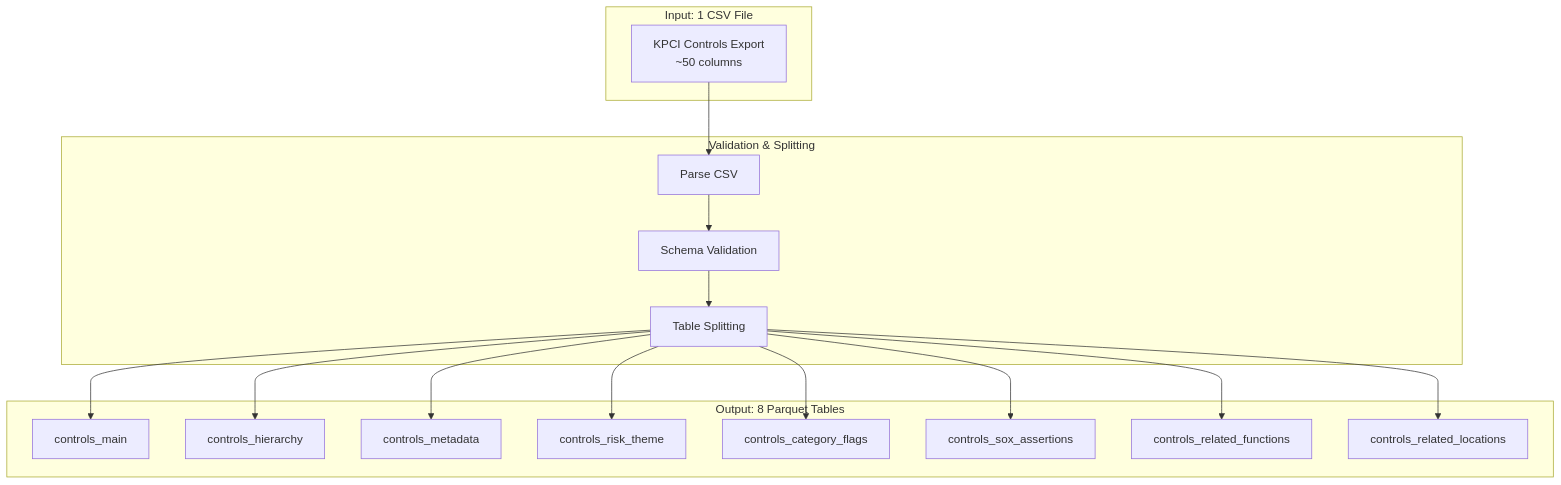
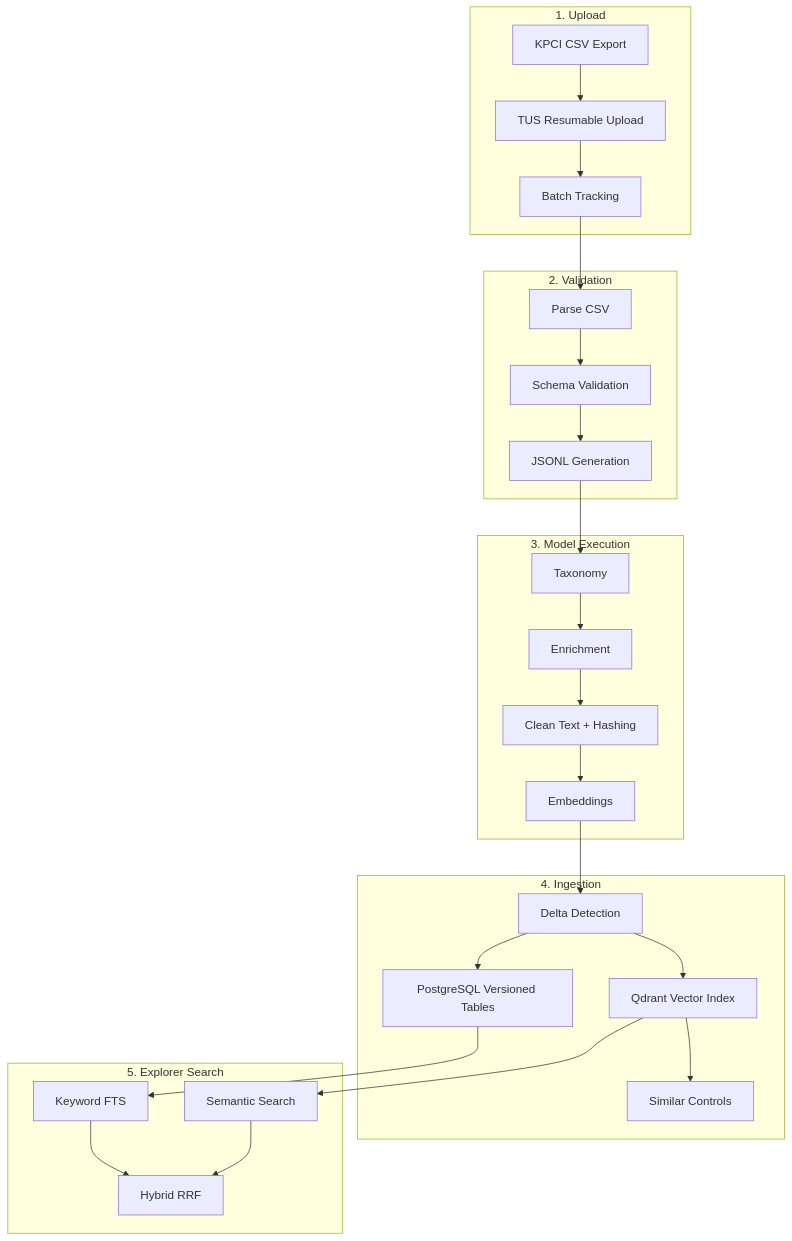
The first of 7 diagrams in docs/docs_content/pipelines/controls-pipeline.md (white07S/application), drawn with Mermaid before and after one commit. The commit also changed other lines of this file and 3 other files, not shown here.

````diff
--- a/docs/docs_content/pipelines/controls-pipeline.md
+++ b/docs/docs_content/pipelines/controls-pipeline.md
@@ -13,35 +13,46 @@
 ```mermaid
 flowchart TB
-    subgraph Input["Input: 1 CSV File"]
-        CSV[KPCI Controls Export<br/>~50 columns]
+    subgraph Upload["1. Upload"]
+        CSV[KPCI CSV Export]
+        TUS[TUS Resumable Upload]
+        BATCH[Batch Tracking]
     end
 
-    subgraph Validation["Validation & Splitting"]
+    subgraph Validation["2. Validation"]
         PARSE[Parse CSV]
         VALIDATE[Schema Validation]
-        SPLIT[Table Splitting]
+        JSONL[JSONL Generation]
     end
 
-    subgraph Output["Output: 8 Parquet Tables"]
-        MAIN[controls_main]
-        HIER[controls_hierarchy]
-        META[controls_metadata]
-        RISK[controls_risk_theme]
-        CAT[controls_category_flags]
-        SOX[controls_sox_assertions]
-        FUNC[controls_related_functions]
-        LOC[controls_related_locations]
+    subgraph Models["3. Model Execution"]
+        TAX[Taxonomy]
+        ENRICH[Enrichment]
+        CLEAN[Clean Text + Hashing]
+        EMBED[Embeddings]
     end
 
-    CSV --> PARSE
-    PARSE --> VALIDATE
-    VALIDATE --> SPLIT
-    SPLIT --> MAIN
-    SPLIT --> HIER
-    SPLIT --> META
-    SPLIT --> RISK
-    SPLIT --> CAT
-    SPLIT --> SOX
-    SPLIT --> FUNC
-    SPLIT --> LOC
+    subgraph Ingestion["4. Ingestion"]
+        DELTA[Delta Detection]
+        PG[PostgreSQL Versioned Tables]
+        QDRANT[Qdrant Vector Index]
+        SIM[Similar Controls]
+    end
+
+    subgraph Explorer["5. Explorer Search"]
+        KW[Keyword FTS]
+        SEM[Semantic Search]
+        HYB[Hybrid RRF]
+    end
+
+    CSV --> TUS --> BATCH
+    BATCH --> PARSE --> VALIDATE --> JSONL
+    JSONL --> TAX --> ENRICH --> CLEAN --> EMBED
+    EMBED --> DELTA
+    DELTA --> PG
+    DELTA --> QDRANT
+    QDRANT --> SIM
+    PG --> KW
+    QDRANT --> SEM
+    KW --> HYB
+    SEM --> HYB
 ```
````
